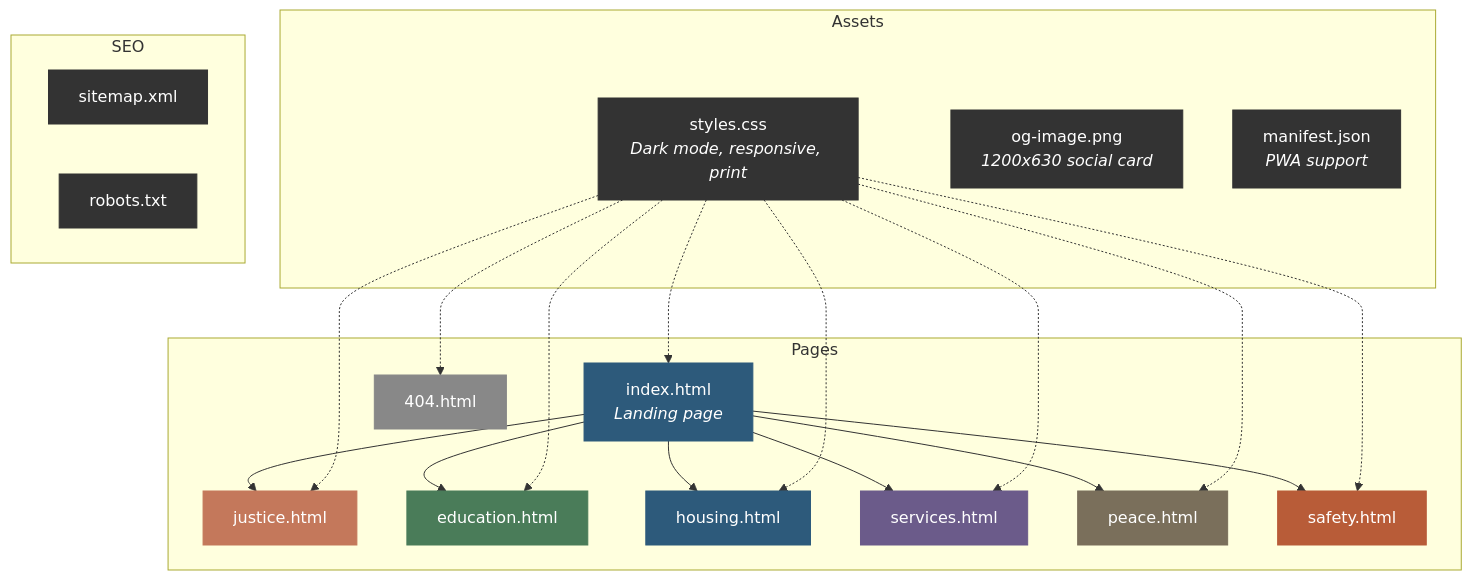
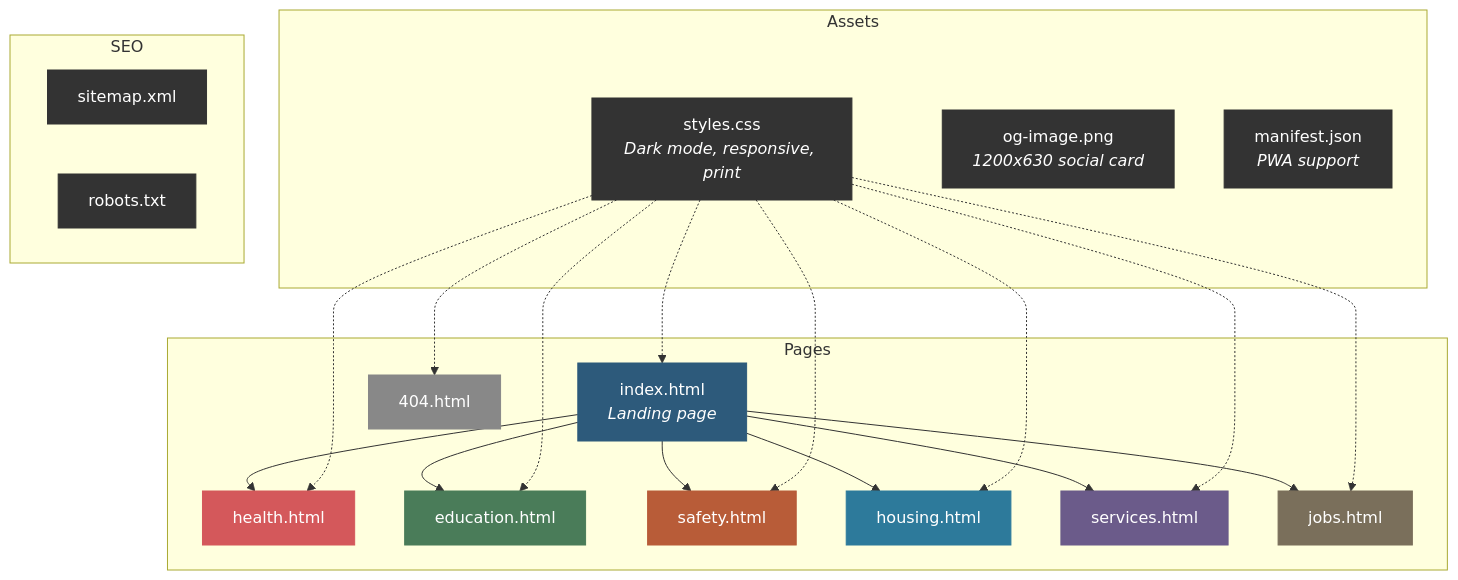
Before and after one commit to dougdevitre/access-to: the seventh of 8 diagrams in README.md, drawn with Mermaid. The commit also changed other lines of this file, not shown here.

First line of the commit message:
Rewrite README with mermaid diagrams showing ecosystem connections

````diff
--- a/README.md
+++ b/README.md
@@ -140,41 +282,41 @@
 ```mermaid
 graph TD
     subgraph Pages
         IDX[index.html<br/><i>Landing page</i>]
-        J[justice.html]
+        H[health.html]
         E[education.html]
-        H[housing.html]
+        SF[safety.html]
+        HO[housing.html]
         S[services.html]
-        P[peace.html]
-        SF[safety.html]
+        J[jobs.html]
         ERR[404.html]
     end
 
     subgraph Assets
         CSS[styles.css<br/><i>Dark mode, responsive, print</i>]
         OG[og-image.png<br/><i>1200x630 social card</i>]
         MF[manifest.json<br/><i>PWA support</i>]
     end
 
     subgraph SEO
         SM[sitemap.xml]
         RB[robots.txt]
     end
 
-    IDX --> J & E & H & S & P & SF
-    CSS -.-> IDX & J & E & H & S & P & SF & ERR
+    IDX --> H & E & SF & HO & S & J
+    CSS -.-> IDX & H & E & SF & HO & S & J & ERR
 
     style IDX fill:#2D5A7B,stroke:#2D5A7B,color:#fff
-    style J fill:#C4785B,stroke:#C4785B,color:#fff
+    style H fill:#D4585B,stroke:#D4585B,color:#fff
     style E fill:#4A7C59,stroke:#4A7C59,color:#fff
-    style H fill:#2D5A7B,stroke:#2D5A7B,color:#fff
+    style SF fill:#B85C38,stroke:#B85C38,color:#fff
+    style HO fill:#2D7A9B,stroke:#2D7A9B,color:#fff
     style S fill:#6B5B8A,stroke:#6B5B8A,color:#fff
-    style P fill:#7A6F5B,stroke:#7A6F5B,color:#fff
-    style SF fill:#B85C38,stroke:#B85C38,color:#fff
+    style J fill:#7A6F5B,stroke:#7A6F5B,color:#fff
     style ERR fill:#888,stroke:#888,color:#fff
     style CSS fill:#333,stroke:#333,color:#fff
     style OG fill:#333,stroke:#333,color:#fff
     style MF fill:#333,stroke:#333,color:#fff
     style SM fill:#333,stroke:#333,color:#fff
     style RB fill:#333,stroke:#333,color:#fff
 ```
````
